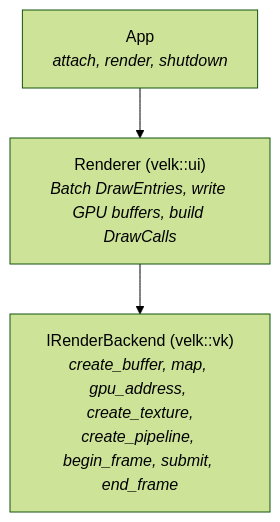
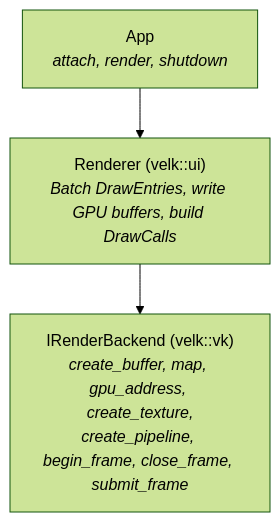
Before and after one commit to ljaaskela/velk-platform: the first of 5 diagrams in docs/render/render-backend.md, drawn with Mermaid (forest theme). The commit also changed other lines of this file and 47 other files, not shown here.

````diff
--- a/docs/render/render-backend.md
+++ b/docs/render/render-backend.md
@@ -69,8 +69,8 @@
 ```mermaid
 graph TD
     App["App<br/><i>attach, render, shutdown</i>"]
     Renderer["Renderer (velk::ui)<br/><i>Batch DrawEntries, write GPU buffers, build DrawCalls</i>"]
-    Backend["IRenderBackend (velk::vk)<br/><i>create_buffer, map, gpu_address, create_texture,<br/>create_pipeline, begin_frame, submit, end_frame</i>"]
+    Backend["IRenderBackend (velk::vk)<br/><i>create_buffer, map, gpu_address, create_texture,<br/>create_pipeline, begin_frame, close_frame, submit_frame</i>"]
 
     App --> Renderer --> Backend
 ```
````
